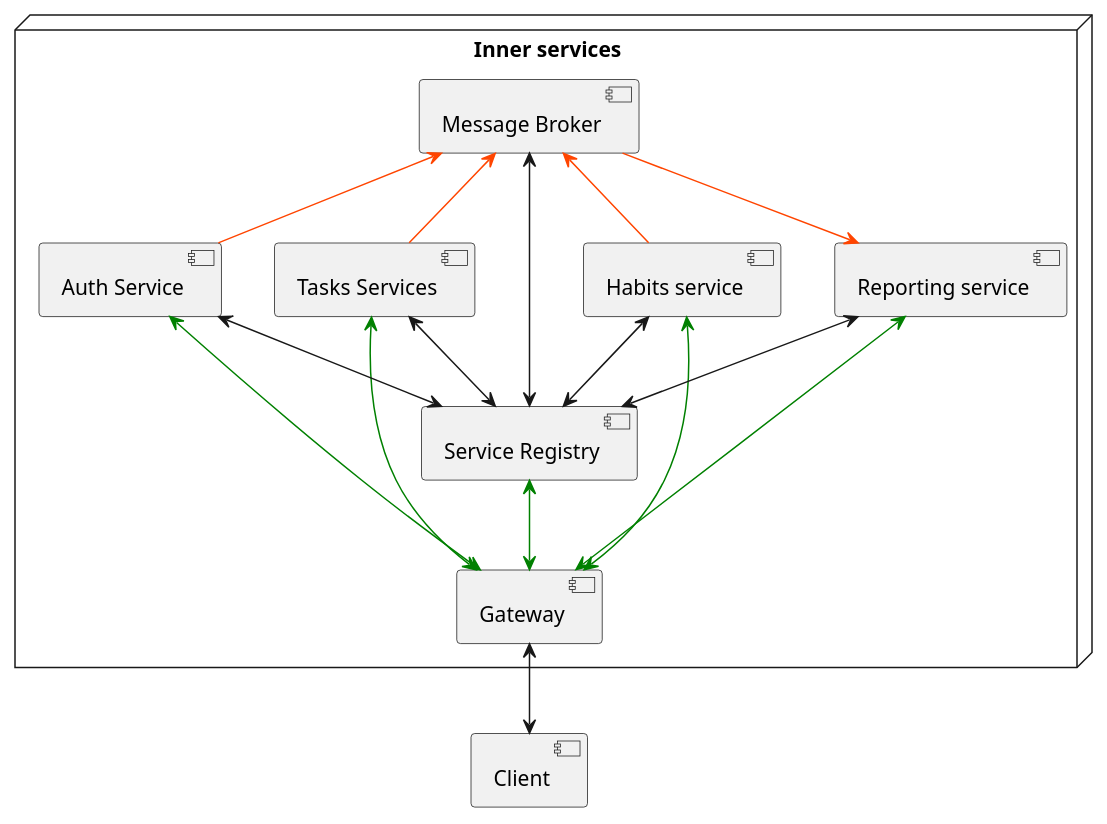
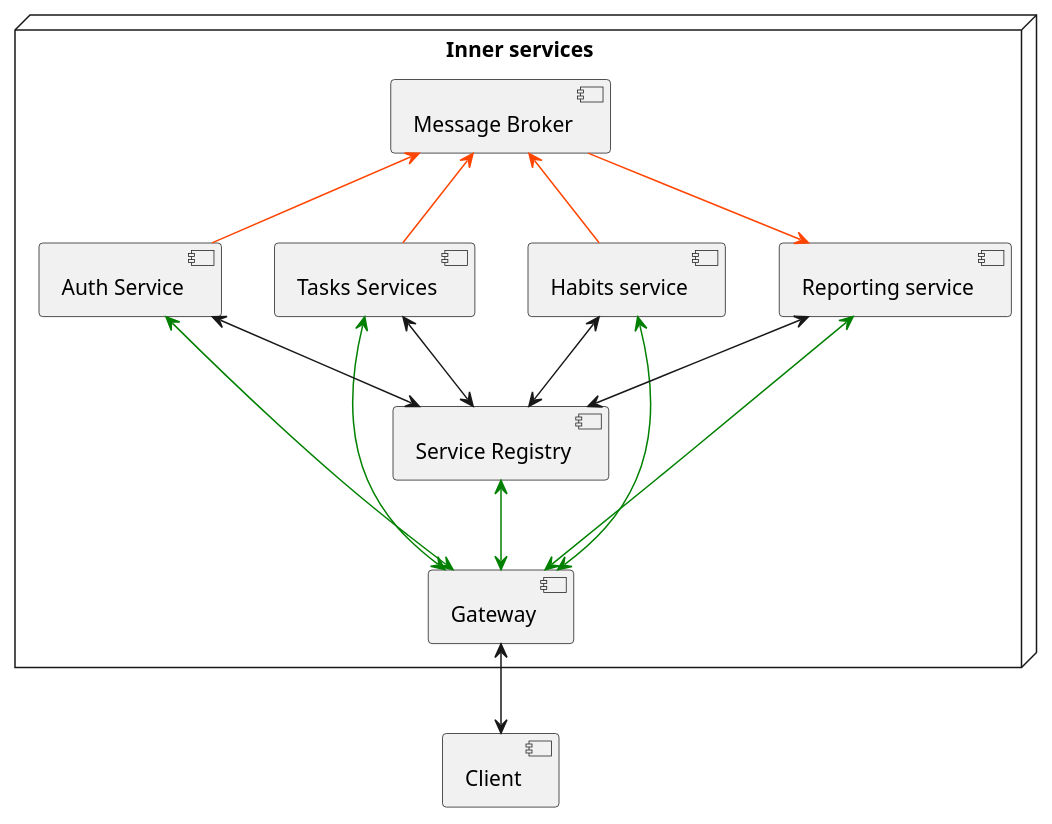
One commit to miker1423/arch_project changed the diagram in diagrams/deployment.puml. Above: the diagram before and after it, drawn with PlantUML. The commit also changed 1 other file, not shown here.

Commit message:
removing link between Broker and Service Registry

```diff
--- a/diagrams/deployment.puml
+++ b/diagrams/deployment.puml
@@ -1,32 +1,31 @@
 @startuml Deployment Diagram
 
 component "Client" as client
 node "Inner services" {
     component "Auth Service" as auth
     component "Tasks Services" as task
     component "Habits service" as habits
     component "Reporting service" as reporting
     component "Service Registry" as registry
     component "Message Broker" as broker
     component "Gateway" as gateway
 }
 
 client <-up-> gateway
 registry <-[#green]-> gateway
 task <-[#green]-> gateway
 auth <-[#green]-> gateway
 reporting <-[#green]-> gateway
 habits <-[#green]-> gateway
 
 auth <--> registry
 habits <--> registry
 task <--> registry
 reporting <--> registry
-broker <--> registry
 
 broker -[#OrangeRed]-> reporting
 broker <-[#OrangeRed]- auth
 broker <-[#OrangeRed]- task
 broker <-[#OrangeRed]- habits
 
 @enduml
```
